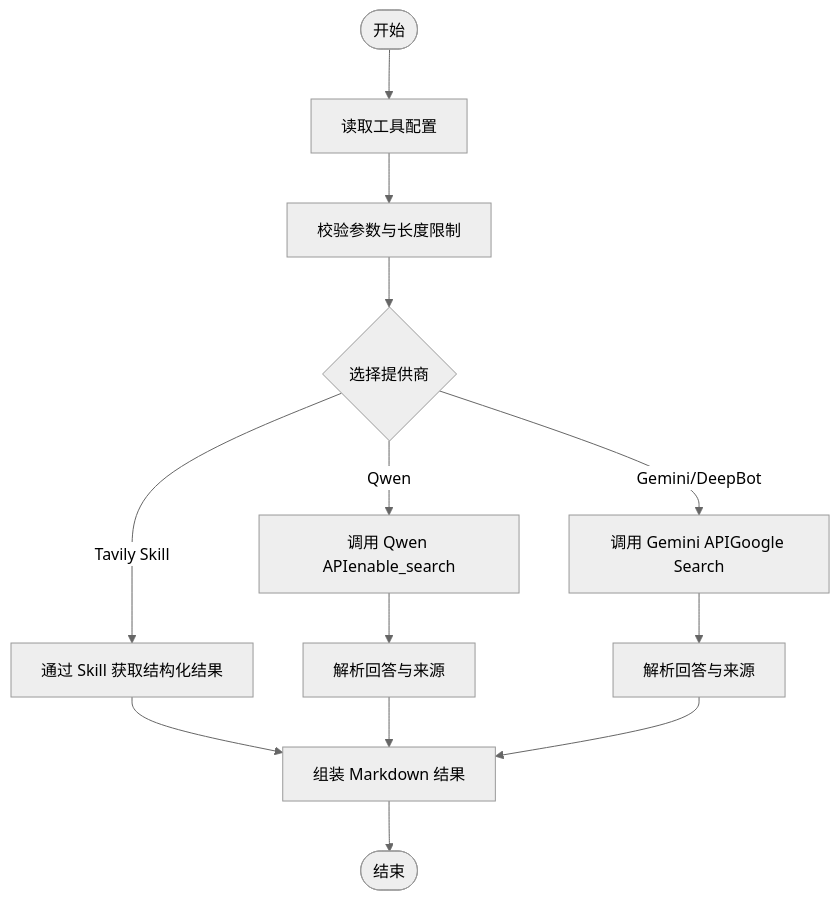
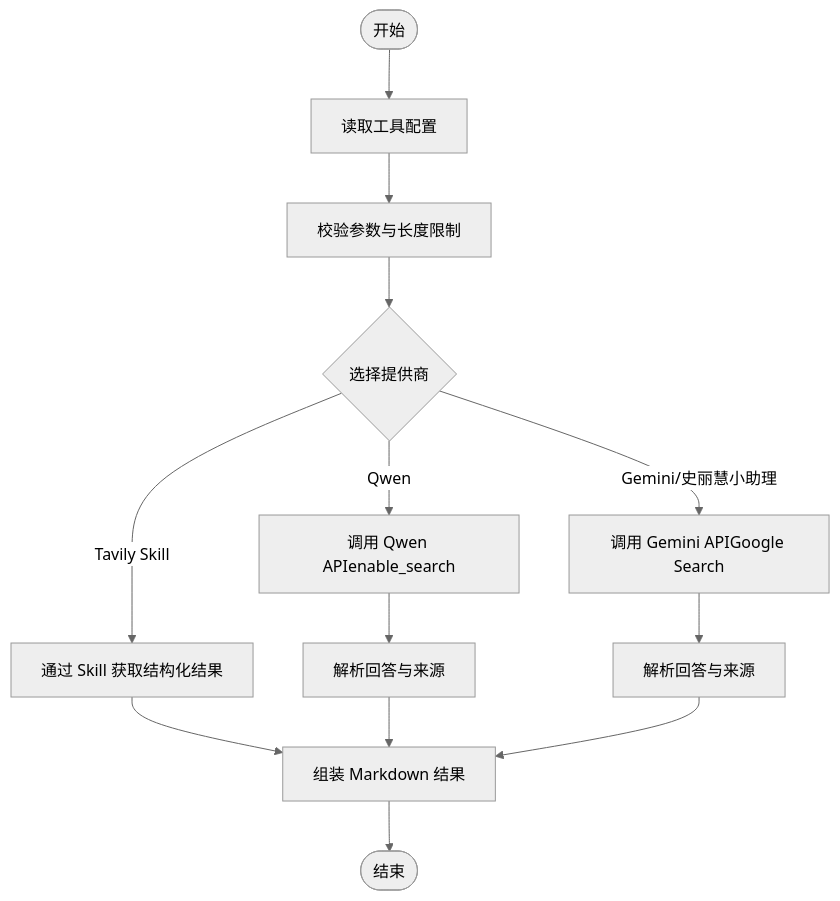
One commit to HEROhuqinchao/deepbot changed the third of 6 diagrams in .qoder/repowiki/zh/content/内置工具详解/Web 搜索工具.md. Above: the diagram before and after it, drawn with Mermaid (neutral theme). The commit also changed other lines of this file and 250 other files, not shown here.

````diff
--- a/.qoder/repowiki/zh/content/内置工具详解/Web 搜索工具.md
+++ b/.qoder/repowiki/zh/content/内置工具详解/Web 搜索工具.md
@@ -164,15 +164,15 @@
 ```mermaid
 flowchart TD
 Start(["开始"]) --> LoadCfg["读取工具配置"]
 LoadCfg --> Validate["校验参数与长度限制"]
 Validate --> ChooseProv{"选择提供商"}
 ChooseProv --> |Qwen| CallQwen["调用 Qwen APIenable_search"]
-ChooseProv --> |Gemini/DeepBot| CallGemini["调用 Gemini APIGoogle Search"]
+ChooseProv --> |Gemini/史丽慧小助理| CallGemini["调用 Gemini APIGoogle Search"]
 ChooseProv --> |Tavily Skill| UseSkill["通过 Skill 获取结构化结果"]
 CallQwen --> ParseQwen["解析回答与来源"]
 CallGemini --> ParseGemini["解析回答与来源"]
 UseSkill --> BuildMarkdown["组装 Markdown 结果"]
 ParseQwen --> BuildMarkdown
 ParseGemini --> BuildMarkdown
 BuildMarkdown --> End(["结束"])
 ```
````
